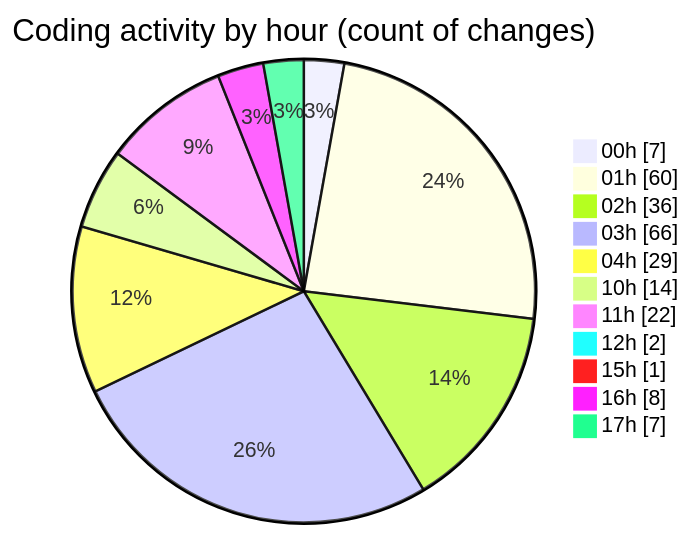
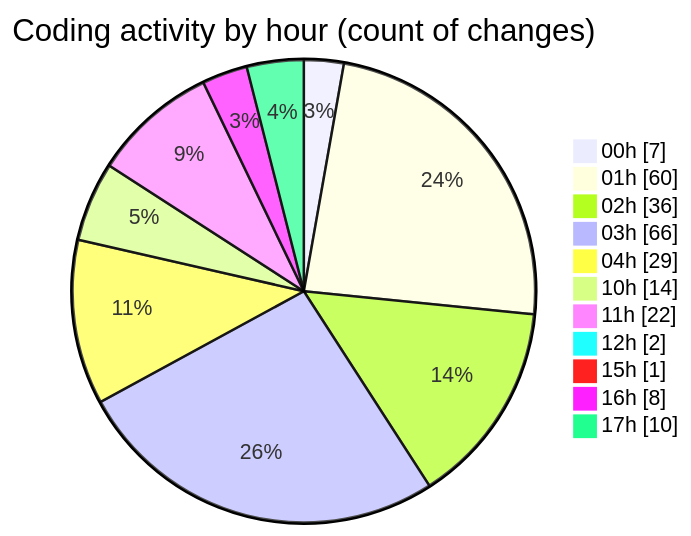
Before and after one commit to julien-gomy/code-tracking: the second of 2 diagrams in 2025-10-07/eventscop-frontend-guide__workspace_/README.md, drawn with Mermaid. The commit also changed other lines of this file and 1 other file, not shown here.

````diff
--- a/2025-10-07/eventscop-frontend-guide__workspace_/README.md
+++ b/2025-10-07/eventscop-frontend-guide__workspace_/README.md
@@ -107,15 +107,15 @@
 ```mermaid
 pie showData
 title Coding activity by hour (count of changes)
 "00h" : 7
 "01h" : 60
 "02h" : 36
 "03h" : 66
 "04h" : 29
 "10h" : 14
 "11h" : 22
 "12h" : 2
 "15h" : 1
 "16h" : 8
-"17h" : 7
+"17h" : 10
 ```
````
